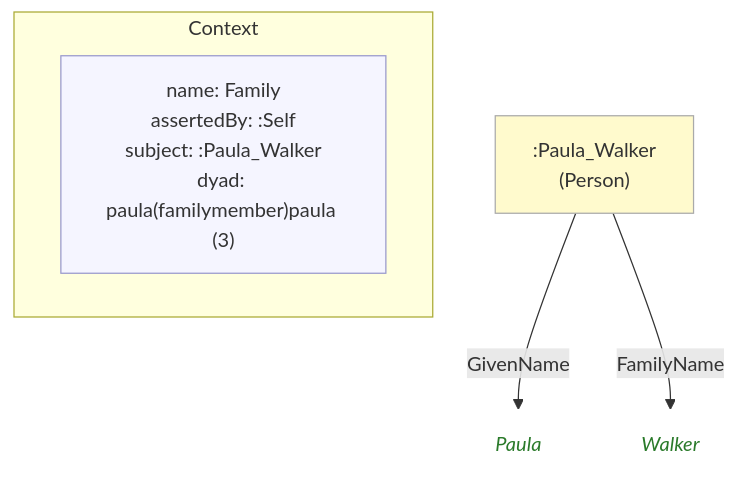
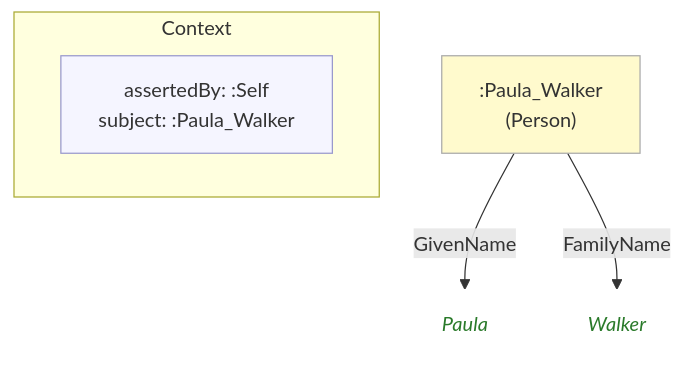
The diagram in example/contexts/images/02-paula(familymember)alice.mmd (MeeFoundation/mia-ontologies), drawn with Mermaid before and after one commit. The commit also changed 118 other files, not shown here.

```diff
--- a/example/contexts/images/02-paula(familymember)alice.mmd
+++ b/example/contexts/images/02-paula(familymember)alice.mmd
@@ -1,18 +1,18 @@
 flowchart TD
     classDef person fill:#fffacd,stroke:#aaa,color:#333
     classDef grp    fill:#d4edda,stroke:#aaa,color:#333
     classDef org    fill:#cce5ff,stroke:#aaa,color:#333
     classDef lit    fill:none,stroke:none,font-style:italic,color:#2a7a2a
     classDef meta   fill:#f5f5ff,stroke:#9999cc,color:#333
 
     subgraph ctx["Context"]
         direction LR
-        ctx_meta["name: Family\nassertedBy: :Self\nsubject: :Paula_Walker\ndyad: paula(familymember)paula (3)"]:::meta
+        ctx_meta["assertedBy: :Self\nsubject: :Paula_Walker"]:::meta
     end
 
     nf4296ab13de4[":Paula_Walker\n(Person)"]:::person
-    naa593b9b6684("Paula"):::lit
-    n5d98bbc40676("Walker"):::lit
+    n359dca4db1ed("Paula"):::lit
+    n2a7c19c529c9("Walker"):::lit
 
-    nf4296ab13de4 -->|"GivenName"| naa593b9b6684
-    nf4296ab13de4 -->|"FamilyName"| n5d98bbc40676
+    nf4296ab13de4 -->|"GivenName"| n359dca4db1ed
+    nf4296ab13de4 -->|"FamilyName"| n2a7c19c529c9
```
